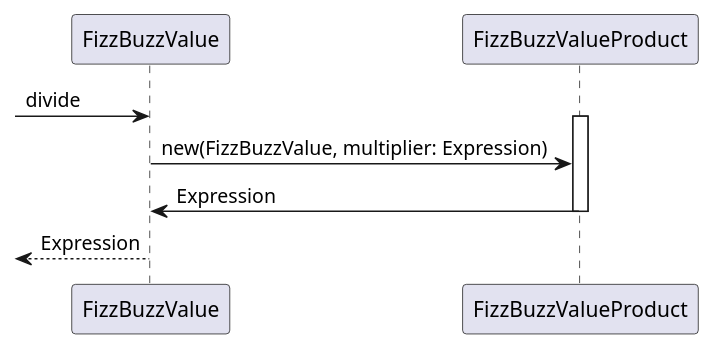
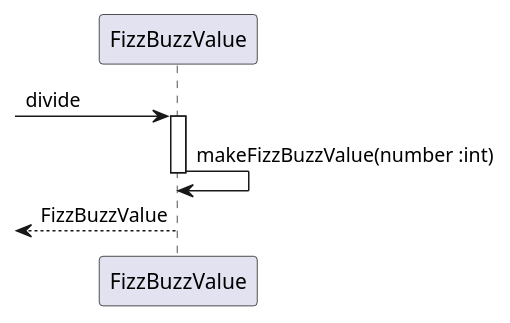
Before and after one commit to k2works/etude_for_java: the fourth of 7 diagrams in docs/src/fizzbuzz.md, drawn with PlantUML. The commit also changed other lines of this file and 10 other files, not shown here.

````diff
--- a/docs/src/fizzbuzz.md
+++ b/docs/src/fizzbuzz.md
@@ -146,10 +127,9 @@
 ```puml
 @startuml
    -> FizzBuzzValue :divide
-   activate FizzBuzzValueProduct
-      FizzBuzzValue -> FizzBuzzValueProduct :new(FizzBuzzValue, multiplier: Expression)
-      FizzBuzzValueProduct -> FizzBuzzValue :Expression
-   deactivate FizzBuzzValueProduct
-   <-- FizzBuzzValue :Expression
+   activate FizzBuzzValue
+      FizzBuzzValue -> FizzBuzzValue :makeFizzBuzzValue(number :int)
+   deactivate FizzBuzzValue
+   <-- FizzBuzzValue :FizzBuzzValue
 @enduml
 ```
````
